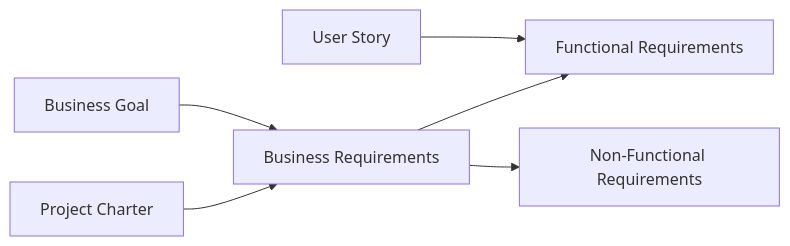
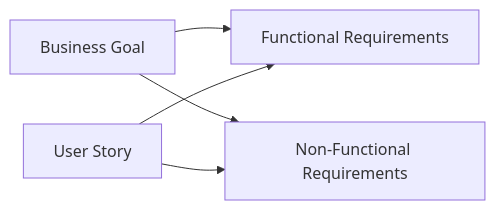
One commit to mahitotsu/ukiyoue changed the third of 15 diagrams in specs/artifact-relationships.md. Above: the diagram before and after it, drawn with Mermaid. The commit also changed other lines of this file and 7 other files, not shown here.

````diff
--- a/specs/artifact-relationships.md
+++ b/specs/artifact-relationships.md
@@ -308,8 +306,7 @@
 ```mermaid
 graph LR
-    Charter[Project Charter] --> BizReq[Business Requirements]
-    BizGoal[Business Goal] --> BizReq
-    BizReq --> FuncReq[Functional Requirements]
+    BizGoal[Business Goal] --> FuncReq[Functional Requirements]
     UserStory[User Story] --> FuncReq
-    BizReq --> NonFuncReq[Non-Functional Requirements]
+    BizGoal --> NonFuncReq[Non-Functional Requirements]
+    UserStory --> NonFuncReq
 ```
````
